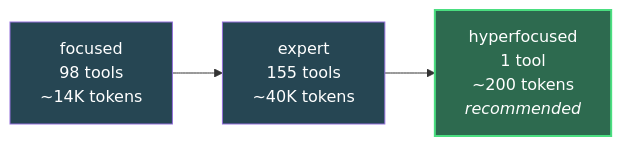
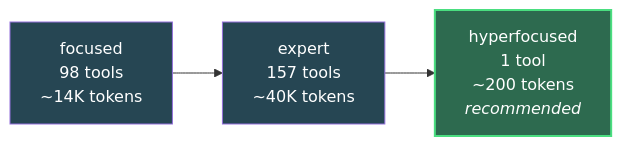
One commit to SkvallKu/vibing-steampunk changed the third of 3 diagrams in README.md. Above: the diagram before and after it, drawn with Mermaid. The commit also changed other lines of this file and 20 other files, not shown here.

````diff
--- a/README.md
+++ b/README.md
@@ -2172,8 +2172,8 @@
 ```mermaid
 graph LR
-    F["focused<br/>98 tools<br/>~14K tokens"] --> E["expert<br/>155 tools<br/>~40K tokens"]
+    F["focused<br/>98 tools<br/>~14K tokens"] --> E["expert<br/>157 tools<br/>~40K tokens"]
     E --> H["hyperfocused<br/>1 tool<br/>~200 tokens<br/><i>recommended</i>"]
     style H fill:#2d6a4f,color:#fff,stroke:#4ade80,stroke-width:2px
     style F fill:#264653,color:#fff
     style E fill:#264653,color:#fff
 ```
````
